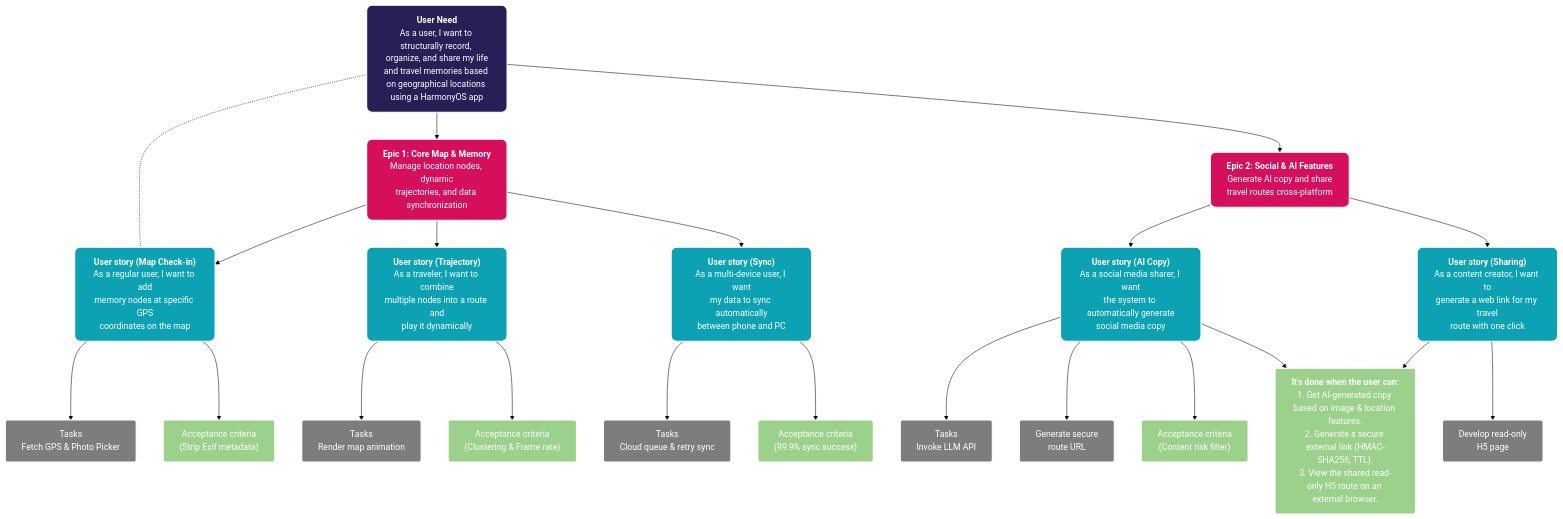
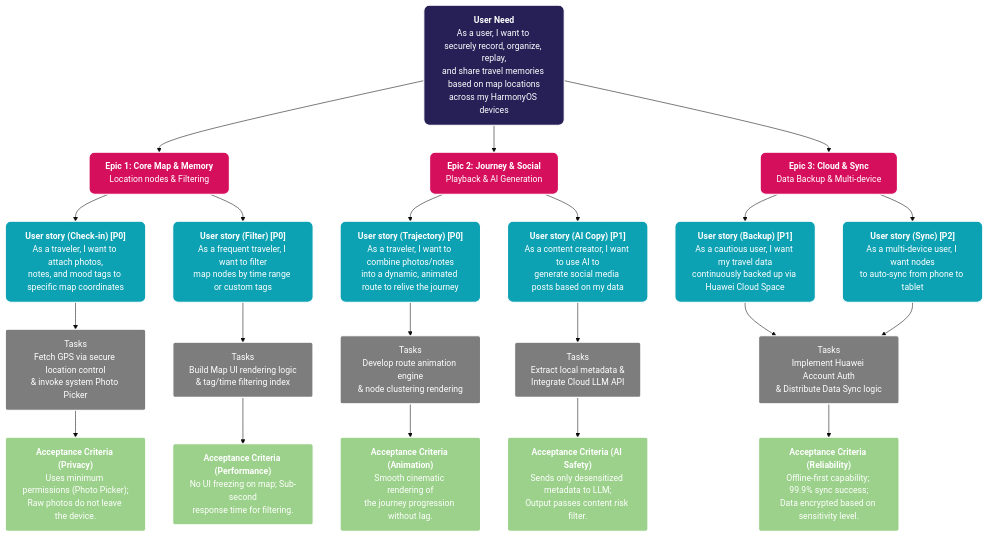
Before and after one commit to sustech-cs304/team-project-26spring-26s-7: the diagram in structure/user_story_map.md, drawn with Mermaid (base theme).

````diff
--- a/structure/user_story_map.md
+++ b/structure/user_story_map.md
@@ -5,68 +5,68 @@
 ```mermaid
 graph TD
     %% 定义颜色与样式
     classDef need fill:#262057,stroke:#fff,stroke-width:2px,color:#fff,rx:10px,ry:10px;
     classDef epic fill:#D60F5D,stroke:#fff,stroke-width:2px,color:#fff,rx:10px,ry:10px;
     classDef story fill:#0DA2B3,stroke:#fff,stroke-width:2px,color:#fff,rx:10px,ry:10px;
     classDef task fill:#7D7D7D,stroke:#fff,stroke-width:2px,color:#fff,rx:4px,ry:4px;
     classDef criteria fill:#9BD18A,stroke:#fff,stroke-width:2px,color:#fff,rx:4px,ry:4px;
 
-    %% 节点定义 (基于 Proposal 需求分析)
-    UN["<b>User Need</b><br/>As a user, I want to structurally record, organize, and share my life<br/>and travel memories based on geographical locations using a HarmonyOS app"]:::need
+    %% 高层用户需求
+    UN["<b>User Need</b><br/>As a user, I want to securely record, organize, replay,<br/>and share travel memories based on map locations<br/>across my HarmonyOS devices"]:::need
 
-    E1["<b>Epic 1: Core Map & Memory</b><br/>Manage location nodes, dynamic<br/>trajectories, and data synchronization"]:::epic
-    E2["<b>Epic 2: Social & AI Features</b><br/>Generate AI copy and share<br/>travel routes cross-platform"]:::epic
+    %% 史诗 Epic 划分 (根据新的 Story 分组)
+    E1["<b>Epic 1: Core Map & Memory</b><br/>Location nodes & Filtering"]:::epic
+    E2["<b>Epic 2: Journey & Social</b><br/>Playback & AI Generation"]:::epic
+    E3["<b>Epic 3: Cloud & Sync</b><br/>Data Backup & Multi-device"]:::epic
 
-    US1["<b>User story (Map Check-in)</b><br/>As a regular user, I want to add<br/>memory nodes at specific GPS<br/>coordinates on the map"]:::story
-    US2["<b>User story (Trajectory)</b><br/>As a traveler, I want to combine<br/>multiple nodes into a route and<br/>play it dynamically"]:::story
-    US3["<b>User story (Sync)</b><br/>As a multi-device user, I want<br/>my data to sync automatically<br/>between phone and PC"]:::story
-
-    US4["<b>User story (AI Copy)</b><br/>As a social media sharer, I want<br/>the system to automatically generate<br/>social media copy"]:::story
-    US5["<b>User story (Sharing)</b><br/>As a content creator, I want to<br/>generate a web link for my travel<br/>route with one click"]:::story
-
-    T1["Tasks<br/>Fetch GPS & Photo Picker"]:::task
-    T2["Tasks<br/>Render map animation"]:::task
-    T3["Tasks<br/>Cloud queue & retry sync"]:::task
-    T4["Tasks<br/>Invoke LLM API"]:::task
-    T5["Generate secure<br/>route URL"]:::task
-    T6["Develop read-only<br/>H5 page"]:::task
-
-    AC1["Acceptance criteria<br/>(Strip Exif metadata)"]:::criteria
-    AC2["Acceptance criteria<br/>(Clustering & Frame rate)"]:::criteria
-    AC3["Acceptance criteria<br/>(99.9% sync success)"]:::criteria
-    AC4["Acceptance criteria<br/>(Content risk filter)"]:::criteria
-
-    AC5["<b>It's done when the user can:</b><br/>1. Get AI-generated copy based on image & location features.<br/>2. Generate a secure external link (HMAC-SHA256, TTL).<br/>3. View the shared read-only H5 route on an external browser."]:::criteria
-
-    %% 层级连接
     UN --> E1
     UN --> E2
+    UN --> E3
 
-    %% 模拟图中左侧直接从 User Need 连到 User Story 的线
-    UN -.- US1
+    %% 用户故事 User Stories (带优先级)
+    US1["<b>User story (Check-in) [P0]</b><br/>As a traveler, I want to attach photos,<br/>notes, and mood tags to specific map coordinates"]:::story
+    US2["<b>User story (Filter) [P0]</b><br/>As a frequent traveler, I want to filter<br/>map nodes by time range or custom tags"]:::story
+    
+    US3["<b>User story (Trajectory) [P0]</b><br/>As a traveler, I want to combine photos/notes<br/>into a dynamic, animated route to relive the journey"]:::story
+    US4["<b>User story (AI Copy) [P1]</b><br/>As a content creator, I want to use AI to<br/>generate social media posts based on my data"]:::story
+    
+    US5["<b>User story (Backup) [P1]</b><br/>As a cautious user, I want my travel data<br/>continuously backed up via Huawei Cloud Space"]:::story
+    US6["<b>User story (Sync) [P2]</b><br/>As a multi-device user, I want nodes<br/>to auto-sync from phone to tablet"]:::story
 
+    %% 关联 Epic 和 Story
     E1 --> US1
     E1 --> US2
-    E1 --> US3
+    
+    E2 --> US3
+    E2 --> US4
+    
+    E3 --> US5
+    E3 --> US6
 
-    E2 --> US4
-    E2 --> US5
+    %% 具体开发任务 Tasks (结合 Proposal 的技术需求)
+    T1["Tasks<br/>Fetch GPS via secure location control<br/>& invoke system Photo Picker"]:::task
+    T2["Tasks<br/>Build Map UI rendering logic<br/>& tag/time filtering index"]:::task
+    T3["Tasks<br/>Develop route animation engine<br/>& node clustering rendering"]:::task
+    T4["Tasks<br/>Extract local metadata &<br/>Integrate Cloud LLM API"]:::task
+    T5["Tasks<br/>Implement Huawei Account Auth<br/>& Distribute Data Sync logic"]:::task
 
     US1 --> T1
-    US1 --> AC1
+    US2 --> T2
+    US3 --> T3
+    US4 --> T4
+    US5 --> T5
+    US6 --> T5
 
-    US2 --> T2
-    US2 --> AC2
+    %% 验收标准 Acceptance Criteria (结合 Proposal 的非功能需求)
+    AC1["<b>Acceptance Criteria (Privacy)</b><br/>Uses minimum permissions (Photo Picker);<br/>Raw photos do not leave the device."]:::criteria
+    AC2["<b>Acceptance Criteria (Performance)</b><br/>No UI freezing on map; Sub-second<br/>response time for filtering."]:::criteria
+    AC3["<b>Acceptance Criteria (Animation)</b><br/>Smooth cinematic rendering of<br/>the journey progression without lag."]:::criteria
+    AC4["<b>Acceptance Criteria (AI Safety)</b><br/>Sends only desensitized metadata to LLM;<br/>Output passes content risk filter."]:::criteria
+    AC5["<b>Acceptance Criteria (Reliability)</b><br/>Offline-first capability; 99.9% sync success;<br/>Data encrypted based on sensitivity level."]:::criteria
 
-    US3 --> T3
-    US3 --> AC3
-
-    US4 --> T4
-    US4 --> T5
-    US4 --> AC4
-    US5 --> T6
-
-    %% 将右侧的 User Story 连到共同的 Acceptance Criteria
-    US4 --> AC5
-    US5 --> AC5
+    T1 --> AC1
+    T2 --> AC2
+    T3 --> AC3
+    T4 --> AC4
+    T5 --> AC5
 ```
````
